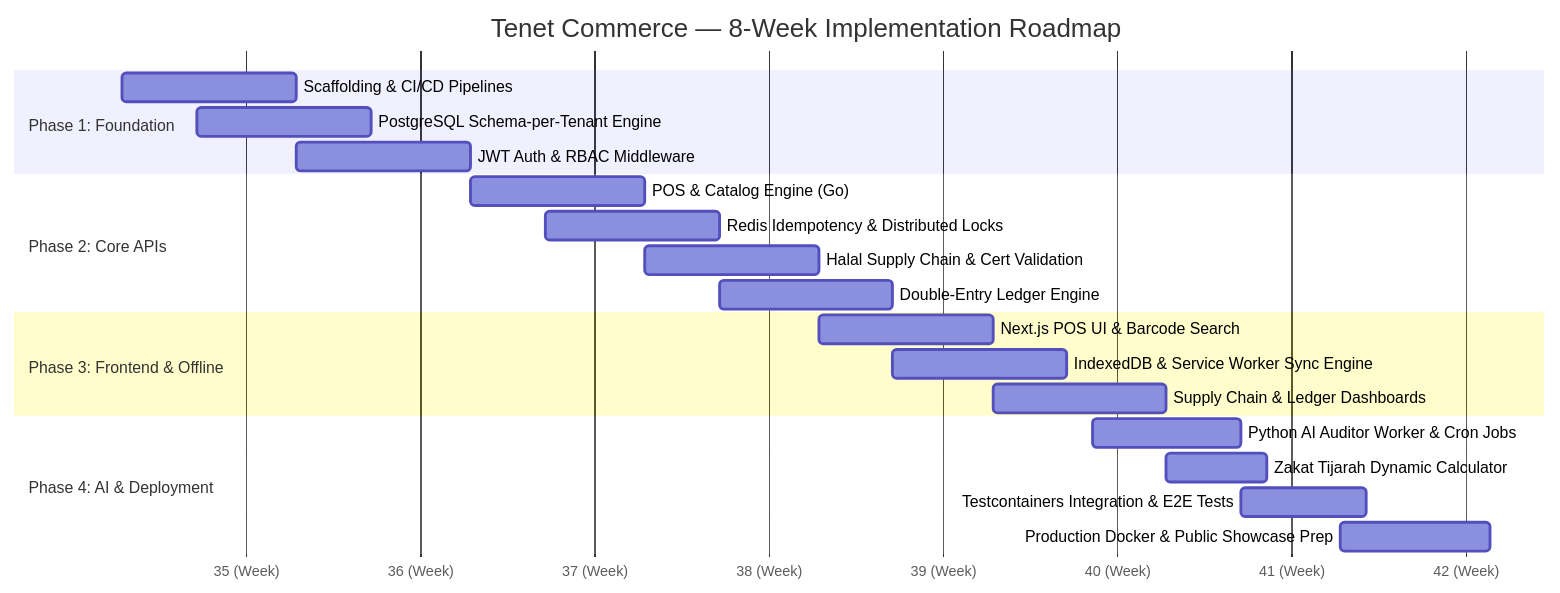
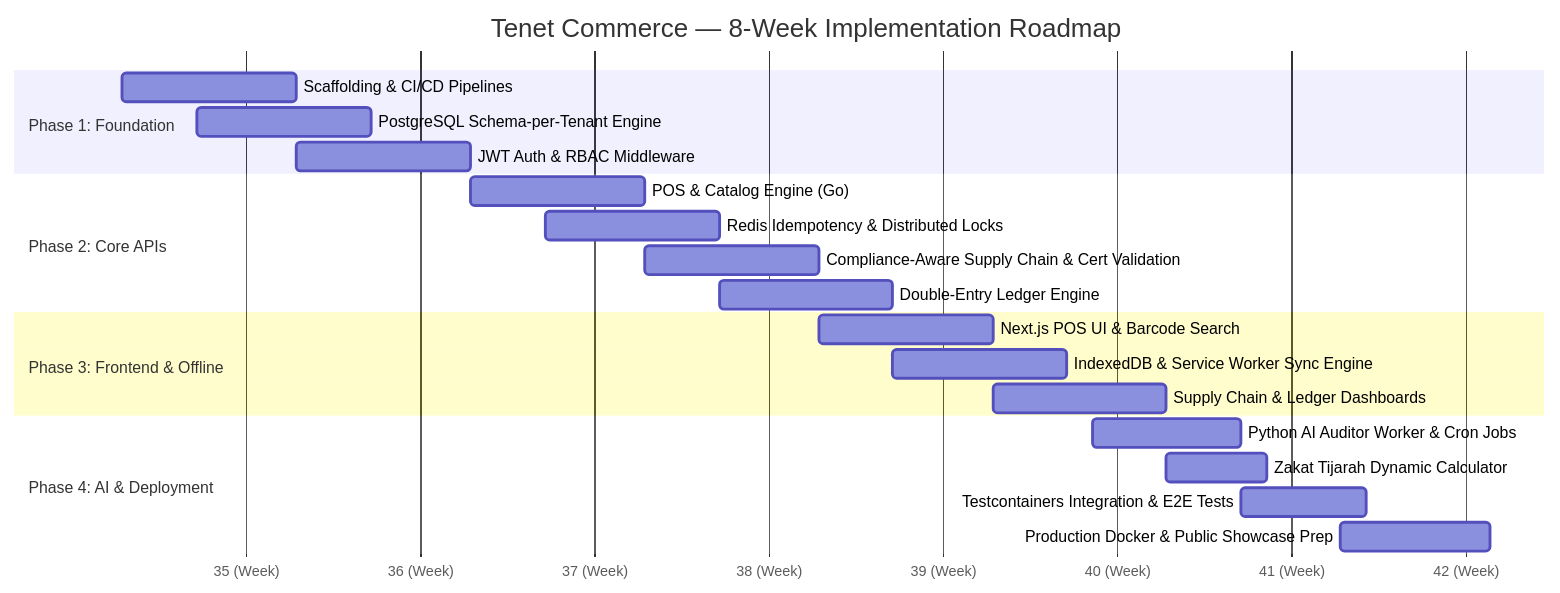
The diagram in docs/ROADMAP.md (b45/tenet-commerce), drawn with Mermaid before and after one commit. The commit also changed other lines of this file and 10 other files, not shown here.

````diff
--- a/docs/ROADMAP.md
+++ b/docs/ROADMAP.md
@@ -8,28 +8,28 @@
 ```mermaid
 gantt
     title Tenet Commerce — 8-Week Implementation Roadmap
     dateFormat  YYYY-MM-DD
     axisFormat  %W (Week)
 
     section Phase 1: Foundation
     Scaffolding & CI/CD Pipelines           :p1_1, 2026-09-01, 7d
     PostgreSQL Schema-per-Tenant Engine    :p1_2, 2026-09-04, 7d
     JWT Auth & RBAC Middleware              :p1_3, 2026-09-08, 7d
 
     section Phase 2: Core APIs
     POS & Catalog Engine (Go)               :p2_1, 2026-09-15, 7d
     Redis Idempotency & Distributed Locks   :p2_2, 2026-09-18, 7d
-    Halal Supply Chain & Cert Validation    :p2_3, 2026-09-22, 7d
+    Compliance-Aware Supply Chain & Cert Validation :p2_3, 2026-09-22, 7d
     Double-Entry Ledger Engine              :p2_4, 2026-09-25, 7d
 
     section Phase 3: Frontend & Offline
     Next.js POS UI & Barcode Search         :p3_1, 2026-09-29, 7d
     IndexedDB & Service Worker Sync Engine  :p3_2, 2026-10-02, 7d
     Supply Chain & Ledger Dashboards        :p3_3, 2026-10-06, 7d
 
     section Phase 4: AI & Deployment
     Python AI Auditor Worker & Cron Jobs    :p4_1, 2026-10-10, 6d
     Zakat Tijarah Dynamic Calculator        :p4_2, 2026-10-13, 4d
     Testcontainers Integration & E2E Tests  :p4_3, 2026-10-16, 5d
     Production Docker & Public Showcase Prep:p4_4, 2026-10-20, 6d
 ```
````
